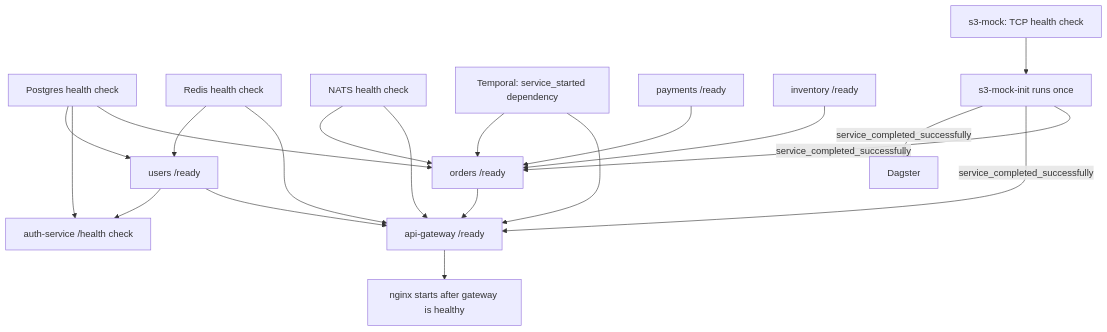
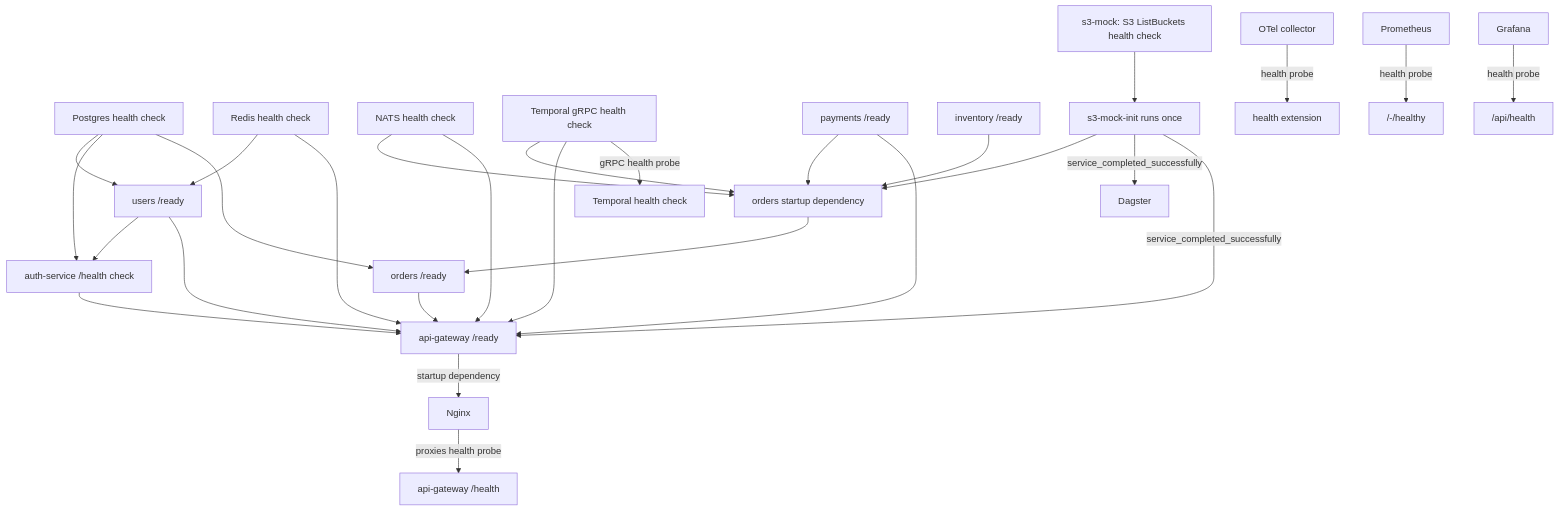
One commit to funnyMans/Node.js_Boilerplate changed the third of 4 diagrams in docs/diagrams.md. Above: the diagram before and after it, drawn with Mermaid. The commit also changed other lines of this file and 73 other files, not shown here.

````diff
--- a/docs/diagrams.md
+++ b/docs/diagrams.md
@@ -133,22 +140,30 @@
 ```mermaid
 flowchart TD
   PG["Postgres health check"] --> Users["users /ready"]
   Redis["Redis health check"] --> Users
   PG --> Auth["auth-service /health check"]
   Users --> Auth
-  PG --> Orders["orders /ready"]
-  NATS["NATS health check"] --> Orders
-  Temporal["Temporal: service_started dependency"] --> Orders
-  Payments["payments /ready"] --> Orders
-  Inventory["inventory /ready"] --> Orders
-  Orders --> Gateway["api-gateway /ready"]
+  PG --> OrdersReady["orders /ready"]
+  NATS["NATS health check"] --> OrdersStartup["orders startup dependency"]
+  Temporal["Temporal gRPC health check"] --> OrdersStartup
+  Payments["payments /ready"] --> OrdersStartup
+  Inventory["inventory /ready"] --> OrdersStartup
+  Init --> OrdersStartup
+  OrdersStartup --> OrdersReady
+  OrdersReady --> Gateway["api-gateway /ready"]
   Users --> Gateway
+  Auth --> Gateway
+  Payments --> Gateway
   Redis --> Gateway
   NATS --> Gateway
   Temporal --> Gateway
-  Gateway --> Nginx["nginx starts after gateway is healthy"]
-  S3["s3-mock: TCP health check"] --> Init["s3-mock-init runs once"]
+  Gateway -->|startup dependency| Nginx["Nginx"]
+  Nginx -->|proxies health probe| GatewayHealth["api-gateway /health"]
+  S3["s3-mock: S3 ListBuckets health check"] --> Init["s3-mock-init runs once"]
   Init -->|service_completed_successfully| Dagster["Dagster"]
   Init -->|service_completed_successfully| Gateway
-  Init -->|service_completed_successfully| Orders
+  OTel["OTel collector"] -->|health probe| OTelHealth["health extension"]
+  Prometheus["Prometheus"] -->|health probe| PromHealth["/-/healthy"]
+  Grafana["Grafana"] -->|health probe| GrafanaHealth["/api/health"]
+  Temporal -->|gRPC health probe| TemporalHealth["Temporal health check"]
 ```
````
